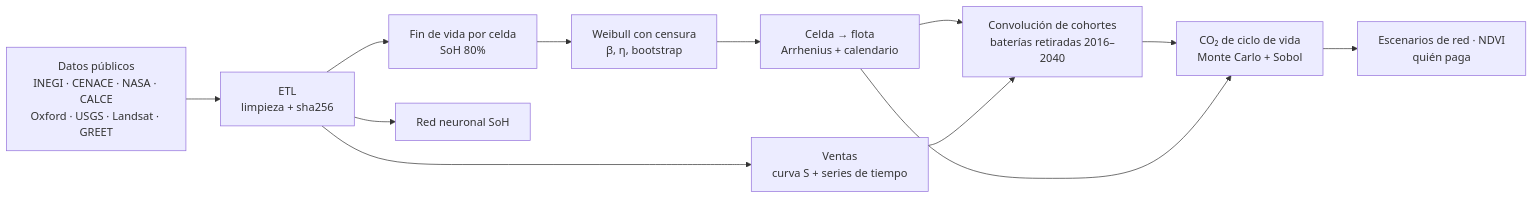
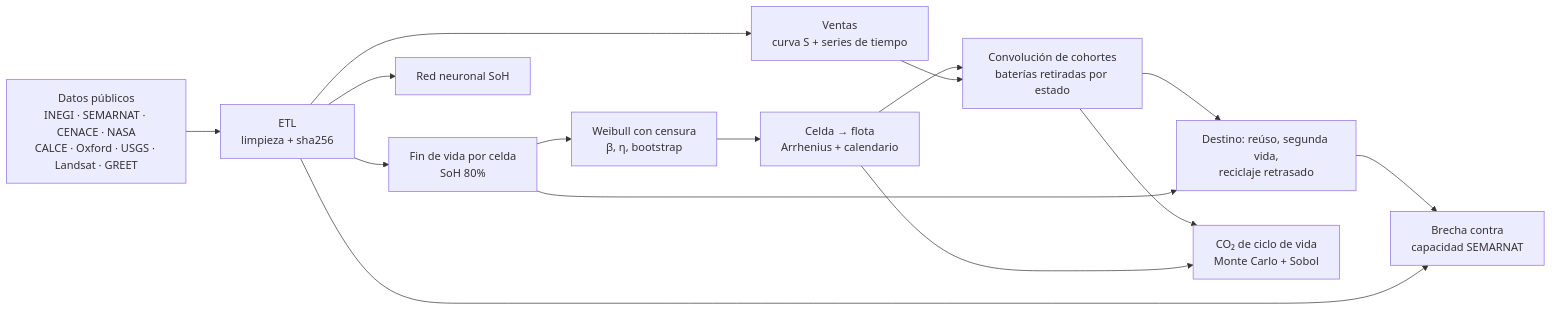
Before and after one commit to joelmoralesgutierrez8-lab/bateria-ve-mx: the diagram in README.md, drawn with Mermaid. The commit also changed other lines of this file and 6 other files, not shown here.

````diff
--- a/README.md
+++ b/README.md
@@ -55,14 +104,17 @@
 ```mermaid
 flowchart LR
-  A[Datos públicos<br/>INEGI · CENACE · NASA · CALCE<br/>Oxford · USGS · Landsat · GREET] --> B[ETL<br/>limpieza + sha256]
+  A[Datos públicos<br/>INEGI · SEMARNAT · CENACE · NASA<br/>CALCE · Oxford · USGS · Landsat · GREET] --> B[ETL<br/>limpieza + sha256]
   B --> C[Fin de vida por celda<br/>SoH 80%]
   C --> D[Weibull con censura<br/>β, η, bootstrap]
   D --> E[Celda → flota<br/>Arrhenius + calendario]
   B --> F[Ventas<br/>curva S + series de tiempo]
-  E --> G[Convolución de cohortes<br/>baterías retiradas 2016–2040]
+  E --> G[Convolución de cohortes<br/>baterías retiradas por estado]
   F --> G
   B --> H[Red neuronal SoH]
+  G --> K[Destino: reúso, segunda vida,<br/>reciclaje retrasado]
+  C --> K
+  K --> L[Brecha contra<br/>capacidad SEMARNAT]
+  B --> L
   G --> I[CO₂ de ciclo de vida<br/>Monte Carlo + Sobol]
   E --> I
-  I --> J[Escenarios de red · NDVI<br/>quién paga]
 ```
````
